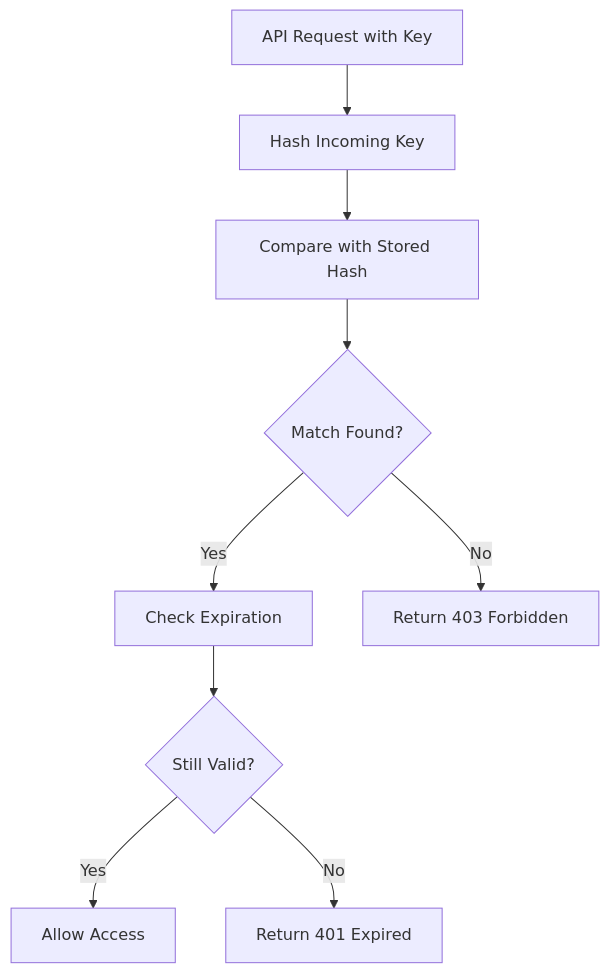
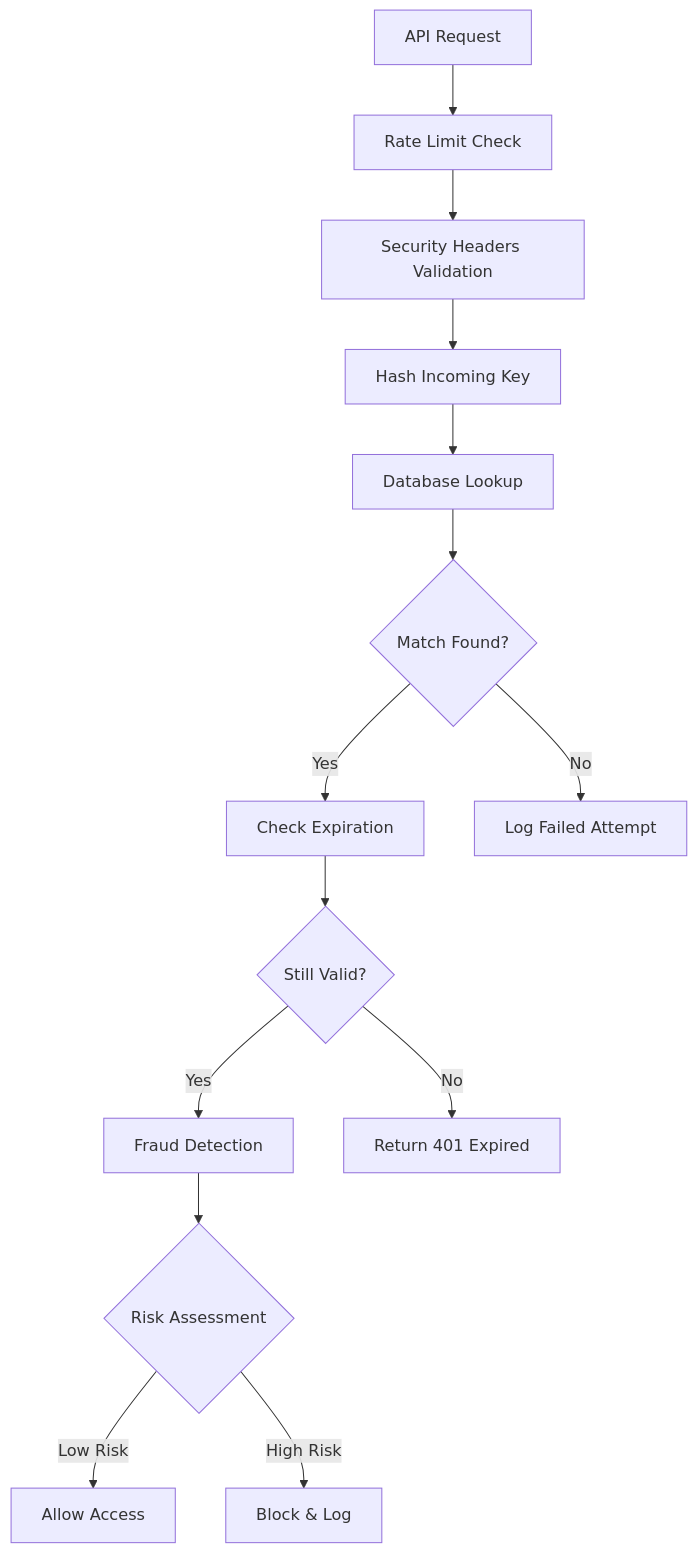
One commit to Rileyj53/SkyTrack-Backend changed the second of 2 diagrams in Docs/api_keys_documentation.md. Above: the diagram before and after it, drawn with Mermaid. The commit also changed other lines of this file and 35 other files, not shown here.

````diff
--- a/Docs/api_keys_documentation.md
+++ b/Docs/api_keys_documentation.md
@@ -354,11 +543,16 @@
 ```mermaid
 graph TD
-    A[API Request with Key] --> B[Hash Incoming Key]
-    B --> C[Compare with Stored Hash]
-    C --> D{Match Found?}
-    D -->|Yes| E[Check Expiration]
-    D -->|No| F[Return 403 Forbidden]
-    E --> G{Still Valid?}
-    G -->|Yes| H[Allow Access]
-    G -->|No| I[Return 401 Expired]
+    A[API Request] --> B[Rate Limit Check]
+    B --> C[Security Headers Validation]
+    C --> D[Hash Incoming Key]
+    D --> E[Database Lookup]
+    E --> F{Match Found?}
+    F -->|Yes| G[Check Expiration]
+    F -->|No| H[Log Failed Attempt]
+    G --> I{Still Valid?}
+    I -->|Yes| J[Fraud Detection]
+    I -->|No| K[Return 401 Expired]
+    J --> L{Risk Assessment}
+    L -->|Low Risk| M[Allow Access]
+    L -->|High Risk| N[Block & Log]
 ```
````
